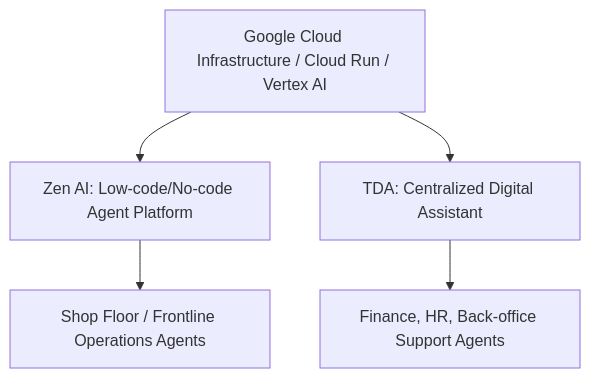
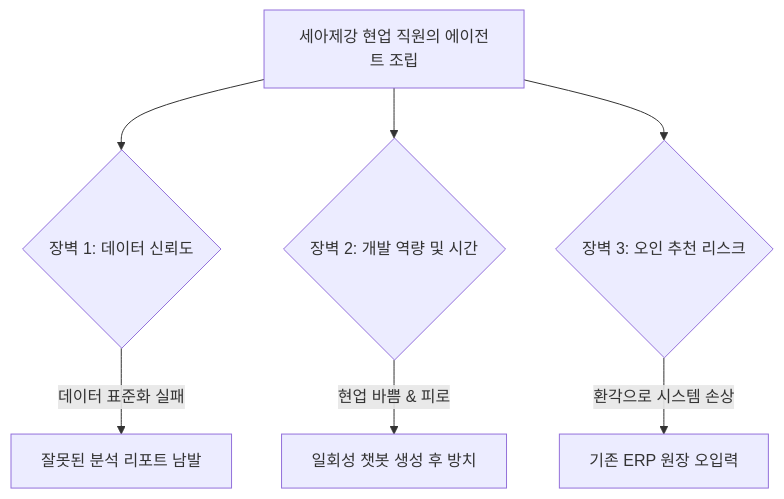
One commit to choonsam22/ai-work-knowledge changed the diagram in benchmarks/gemini/deep_dive_reports/01_tata_steel_agentic_ai.md. Above: the diagram before and after it, drawn with Mermaid. The commit also changed other lines of this file and 5 other files, not shown here.

````diff
--- a/benchmarks/gemini/deep_dive_reports/01_tata_steel_agentic_ai.md
+++ b/benchmarks/gemini/deep_dive_reports/01_tata_steel_agentic_ai.md
@@ -22,7 +30,9 @@
 ```mermaid
 graph TD
-    A[Google Cloud Infrastructure / Cloud Run / Vertex AI] --> B[Zen AI: Low-code/No-code Agent Platform]
-    A --> C[TDA: Centralized Digital Assistant]
-    B --> D[Shop Floor / Frontline Operations Agents]
-    C --> E[Finance, HR, Back-office Support Agents]
+    A[세아제강 현업 직원의 에이전트 조립] --> B{장벽 1: 데이터 신뢰도}
+    A --> C{장벽 2: 개발 역량 및 시간}
+    A --> D{장벽 3: 오인 추천 리스크}
+    B -->|데이터 표준화 실패| E[잘못된 분석 리포트 남발]
+    C -->|현업 바쁨 & 피로| F[일회성 챗봇 생성 후 방치]
+    D -->|환각으로 시스템 손상| G[기존 ERP 원장 오입력]
 ```
````
